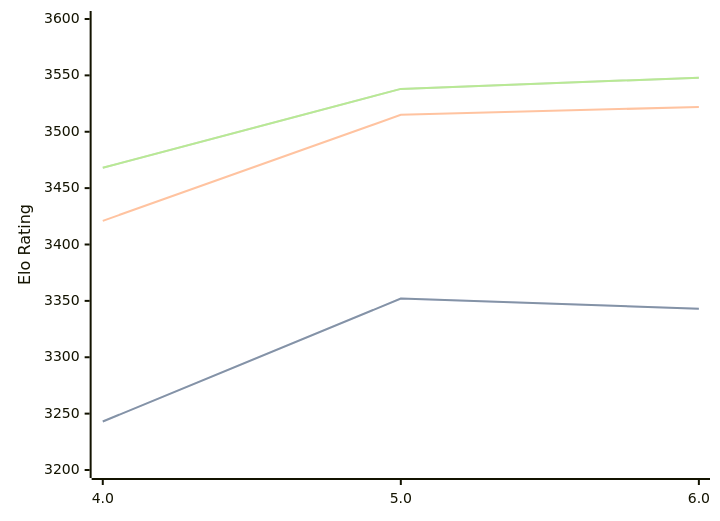
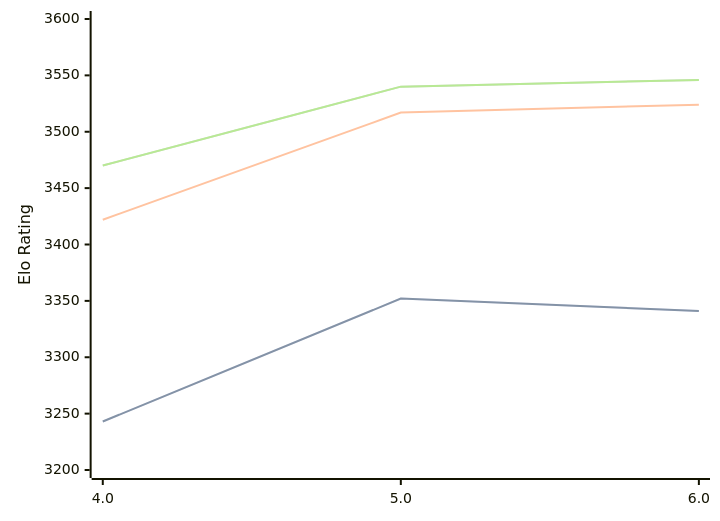
The third of 3 diagrams in engines/Tarnished.md (computer-chess-index/cci), drawn with Mermaid before and after one commit. The commit also changed other lines of this file, not shown here.

Commit message:
Update CCI Ratings (ELO VLTC) - 2026-07-12

````diff
--- a/engines/Tarnished.md
+++ b/engines/Tarnished.md
@@ -70,11 +70,11 @@
 ```mermaid
 %%{init: {"theme":"base","themeVariables":{"seriesColors:['#a3a3a3','#222221','#faa371']}}}%%
 xychart-beta
   x-axis ["4.0", "5.0", "6.0"]
   y-axis "Elo Rating" 3200 --> 3600
-  line "STC (8.0+0.08s)" [3243, 3352, 3343]
-  line "STC (8.0+0.08s)" [3243, 3352, 3343]
-  line "LTC (60.0+0.60s)" [3421, 3515, 3522]
-  line "VLTC (2m24s+1.12s)" [3468, 3538, 3548]
-  line "VLTC (2m24s+1.12s)" [3468, 3538, 3548]
+  line "STC (8.0+0.08s)" [3243, 3352, 3341]
+  line "STC (8.0+0.08s)" [3243, 3352, 3341]
+  line "LTC (60.0+0.60s)" [3422, 3517, 3524]
+  line "VLTC (2m24s+1.12s)" [3470, 3540, 3546]
+  line "VLTC (2m24s+1.12s)" [3470, 3540, 3546]
 ```
````
